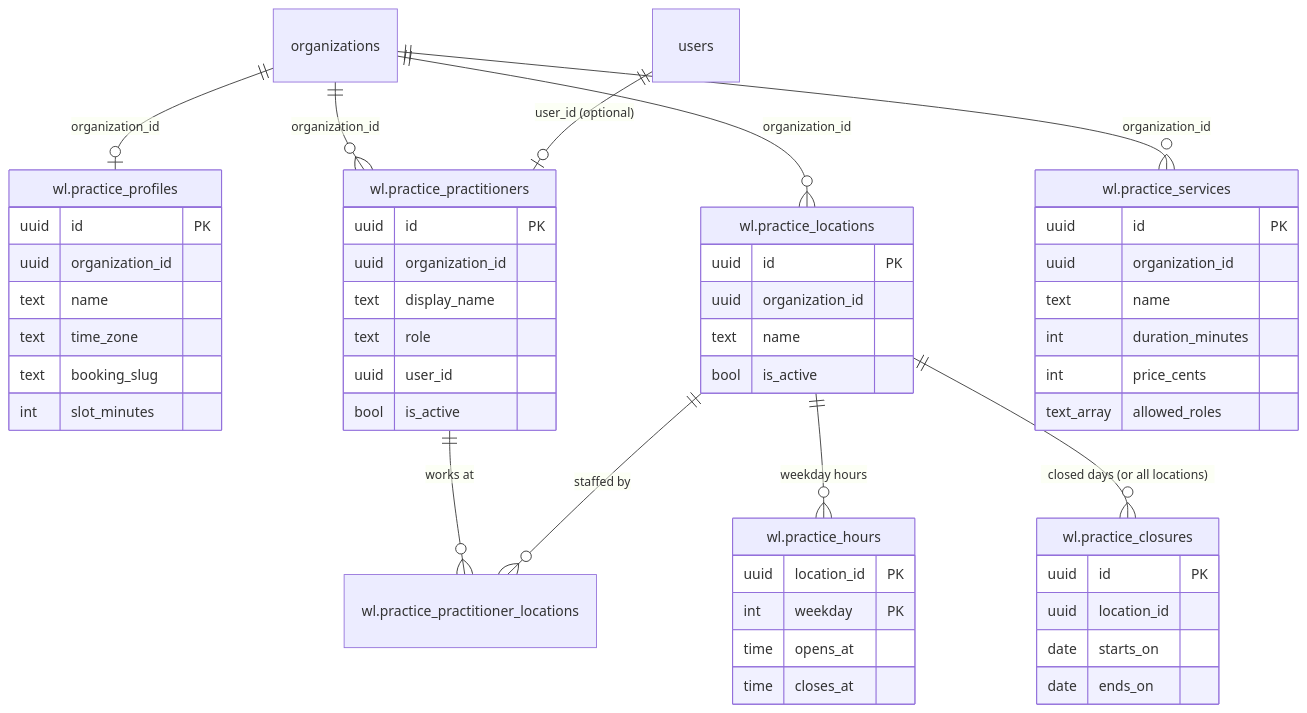
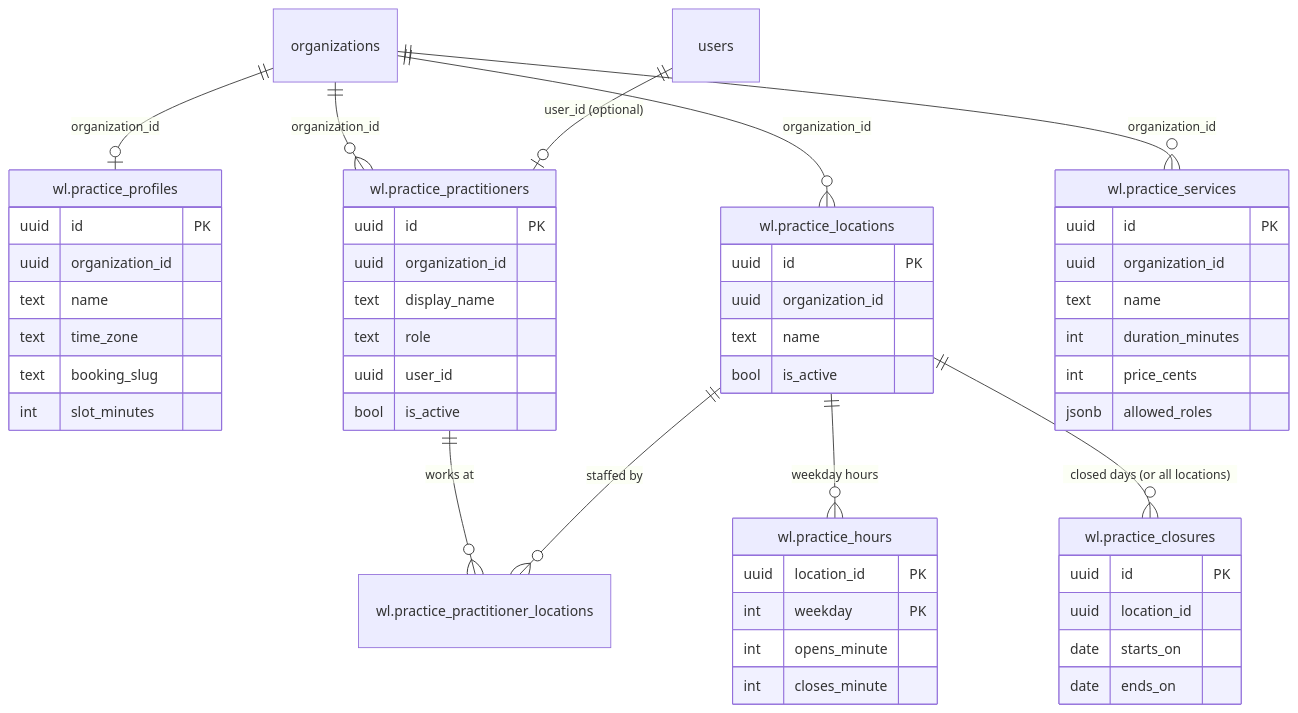
One commit to irajput215/weline changed the diagram in wl-docs/modules/practice/design.md. Above: the diagram before and after it, drawn with Mermaid. The commit also changed other lines of this file and 1 other file, not shown here.

First line of the commit message:
docs(practice): record build-time design changes and how to run the journeys

````diff
--- a/wl-docs/modules/practice/design.md
+++ b/wl-docs/modules/practice/design.md
@@ -32,43 +32,43 @@
 ```mermaid
 erDiagram
     organizations ||--o| "wl.practice_profiles" : "organization_id"
     organizations ||--o{ "wl.practice_locations" : "organization_id"
     organizations ||--o{ "wl.practice_practitioners" : "organization_id"
     organizations ||--o{ "wl.practice_services" : "organization_id"
     users ||--o| "wl.practice_practitioners" : "user_id (optional)"
     "wl.practice_practitioners" ||--o{ "wl.practice_practitioner_locations" : "works at"
     "wl.practice_locations" ||--o{ "wl.practice_practitioner_locations" : "staffed by"
     "wl.practice_locations" ||--o{ "wl.practice_hours" : "weekday hours"
     "wl.practice_locations" ||--o{ "wl.practice_closures" : "closed days (or all locations)"
 
     "wl.practice_profiles" { uuid id PK
         uuid organization_id
         text name
         text time_zone
         text booking_slug
         int slot_minutes }
     "wl.practice_locations" { uuid id PK
         uuid organization_id
         text name
         bool is_active }
     "wl.practice_practitioners" { uuid id PK
         uuid organization_id
         text display_name
         text role
         uuid user_id
         bool is_active }
     "wl.practice_services" { uuid id PK
         uuid organization_id
         text name
         int duration_minutes
         int price_cents
-        text_array allowed_roles }
+        jsonb allowed_roles }
     "wl.practice_hours" { uuid location_id PK
         int weekday PK
-        time opens_at
-        time closes_at }
+        int opens_minute
+        int closes_minute }
     "wl.practice_closures" { uuid id PK
         uuid location_id
         date starts_on
         date ends_on }
 ```
````
